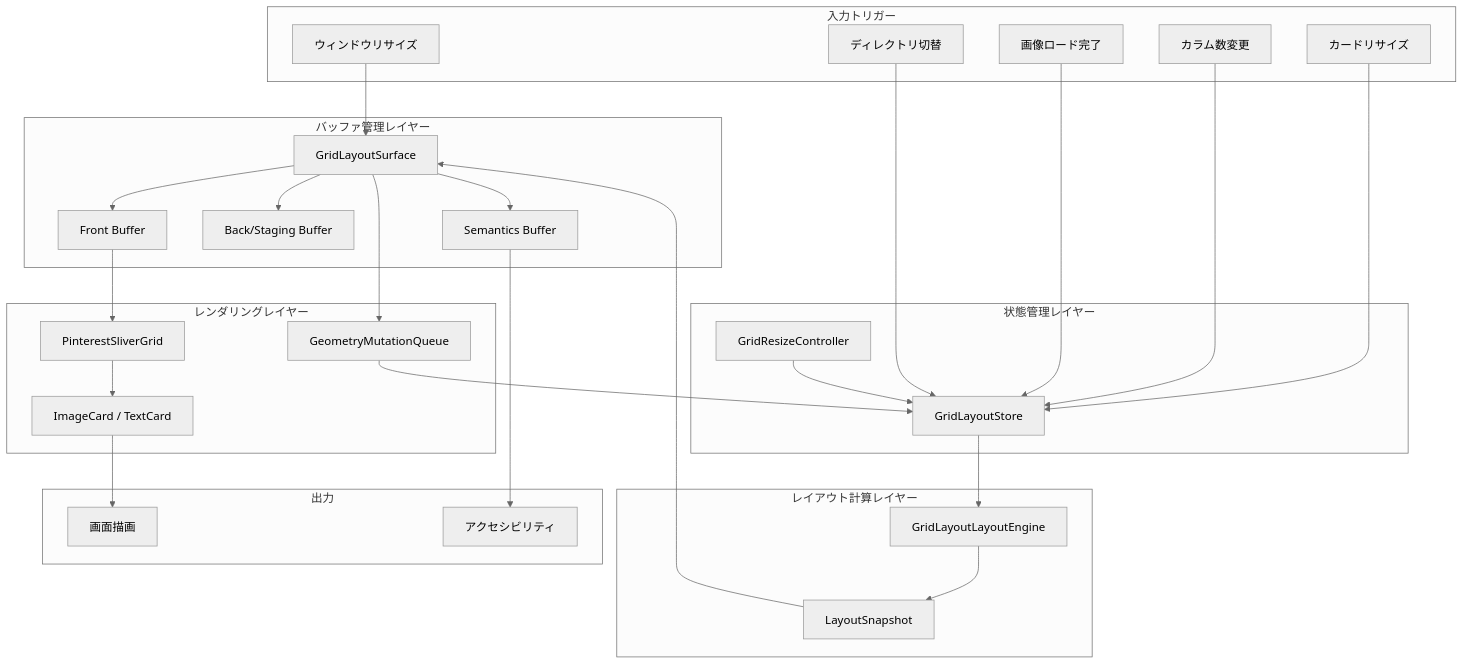
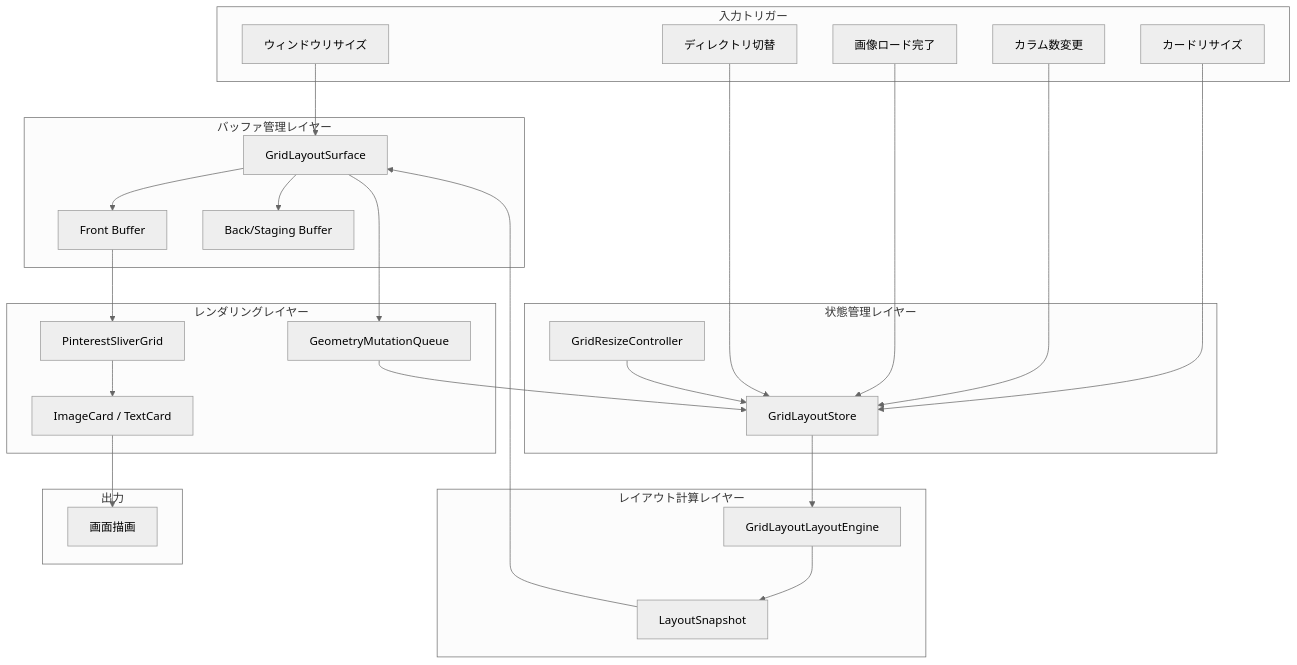
One commit to lietsee/clip-pix changed the first of 10 diagrams in docs/architecture/grid_rendering_pipeline.md. Above: the diagram before and after it, drawn with Mermaid (neutral theme). The commit also changed other lines of this file and 14 other files, not shown here.

````diff
--- a/docs/architecture/grid_rendering_pipeline.md
+++ b/docs/architecture/grid_rendering_pipeline.md
@@ -13,61 +13,57 @@
 ```mermaid
 flowchart TB
     subgraph Input["入力トリガー"]
         WR[ウィンドウリサイズ]
         CR[カードリサイズ]
         CC[カラム数変更]
         IL[画像ロード完了]
         DS[ディレクトリ切替]
     end
 
     subgraph State["状態管理レイヤー"]
         GLS[GridLayoutStore]
         GRC[GridResizeController]
     end
 
     subgraph Layout["レイアウト計算レイヤー"]
         Engine[GridLayoutLayoutEngine]
         Snapshot[LayoutSnapshot]
     end
 
     subgraph Buffer["バッファ管理レイヤー"]
         Surface[GridLayoutSurface]
         Front[Front Buffer]
         Back[Back/Staging Buffer]
-        Semantics[Semantics Buffer]
     end
 
     subgraph Render["レンダリングレイヤー"]
         Queue[GeometryMutationQueue]
         Sliver[PinterestSliverGrid]
         Card[ImageCard / TextCard]
     end
 
     subgraph Output["出力"]
         Display[画面描画]
-        A11y[アクセシビリティ]
     end
 
     WR --> Surface
     CR --> GLS
     CC --> GLS
     IL --> GLS
     DS --> GLS
 
     Surface --> Queue
     Queue --> GLS
     GLS --> Engine
     Engine --> Snapshot
     Snapshot --> Surface
 
     GRC --> GLS
 
     Surface --> Front
     Surface --> Back
-    Surface --> Semantics
 
     Front --> Sliver
     Sliver --> Card
     Card --> Display
-    Semantics --> A11y
 ```
````
